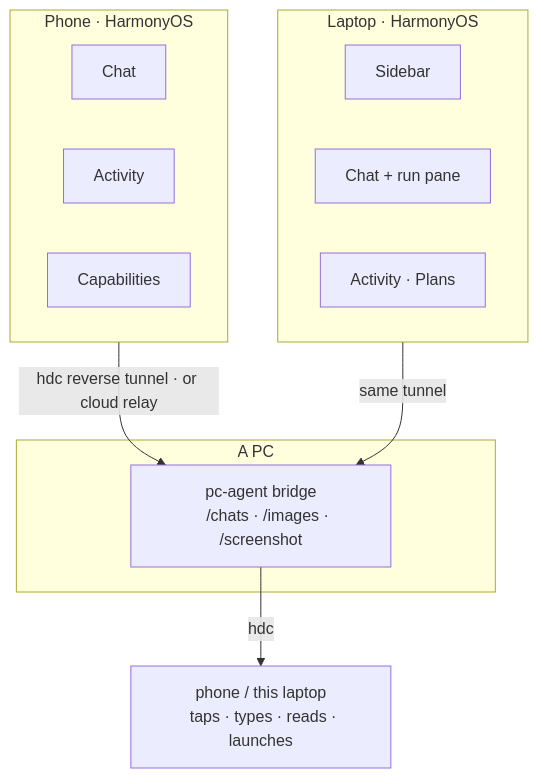
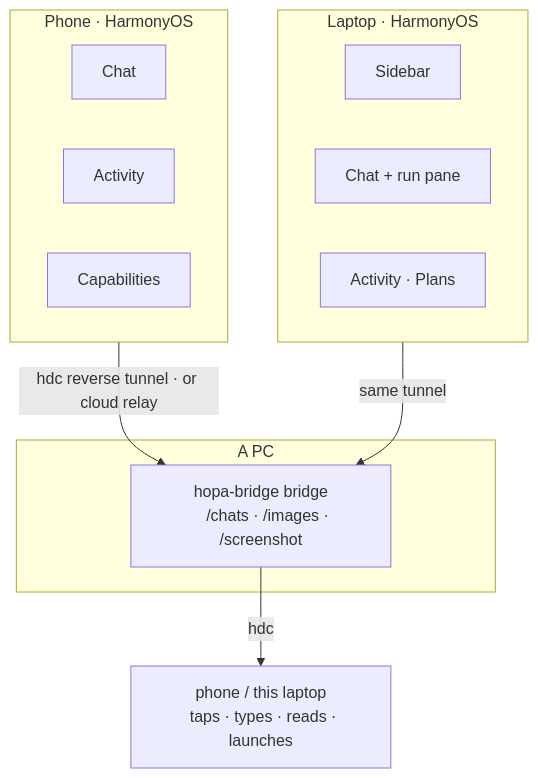
The first of 2 diagrams in README.md (agents-demo/hopa), drawn with Mermaid before and after one commit. The commit also changed other lines of this file and 699 other files, not shown here.

````diff
--- a/README.md
+++ b/README.md
@@ -161,23 +161,23 @@
 ```mermaid
 flowchart TB
   subgraph Phone["Phone · HarmonyOS"]
     direction LR
     P1[Chat]
     P2[Activity]
     P3[Capabilities]
   end
   subgraph Desk["Laptop · HarmonyOS"]
     direction LR
     D1[Sidebar]
     D2[Chat + run pane]
     D3[Activity · Plans]
   end
   subgraph PC["A PC"]
-    B["pc-agent bridge
+    B["hopa-bridge bridge
     /chats · /images · /screenshot"]
   end
   Phone -->|hdc reverse tunnel · or cloud relay| B
   Desk -->|same tunnel| B
   B -->|hdc| T["phone / this laptop
   taps · types · reads · launches"]
 ```
````
